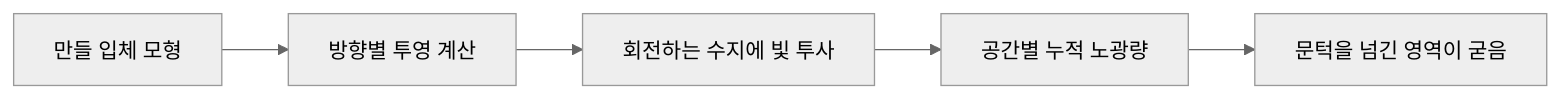
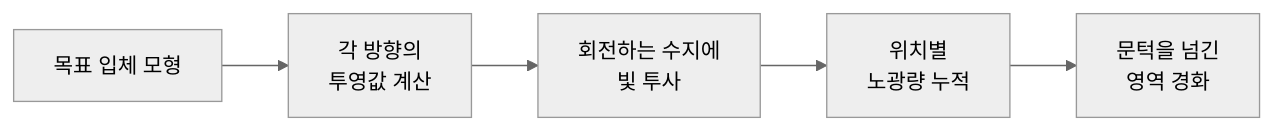
One commit to yoonip/engineering-notes changed the diagram in 논문해설_papers/제조와광학_manufacturing-photonics/tomographic-printing2020.md. Above: the diagram before and after it, drawn with Mermaid (neutral theme).

Commit message:
체적 출력 흐름도의 단계 표기 / Volumetric printing process labels

````diff
--- a/논문해설_papers/제조와광학_manufacturing-photonics/tomographic-printing2020.md
+++ b/논문해설_papers/제조와광학_manufacturing-photonics/tomographic-printing2020.md
@@ -17,7 +17,7 @@
 ```mermaid
 flowchart LR
-  A[만들 입체 모형] --> B[방향별 투영 계산]
-  B --> C[회전하는 수지에 빛 투사]
-  C --> D[공간별 누적 노광량]
-  D --> E[문턱을 넘긴 영역이 굳음]
+  A["목표 입체 모형"] --> B["각 방향의<br/>투영값 계산"]
+  B --> C["회전하는 수지에<br/>빛 투사"]
+  C --> D["위치별<br/>노광량 누적"]
+  D --> E["문턱을 넘긴<br/>영역 경화"]
 ```
````
